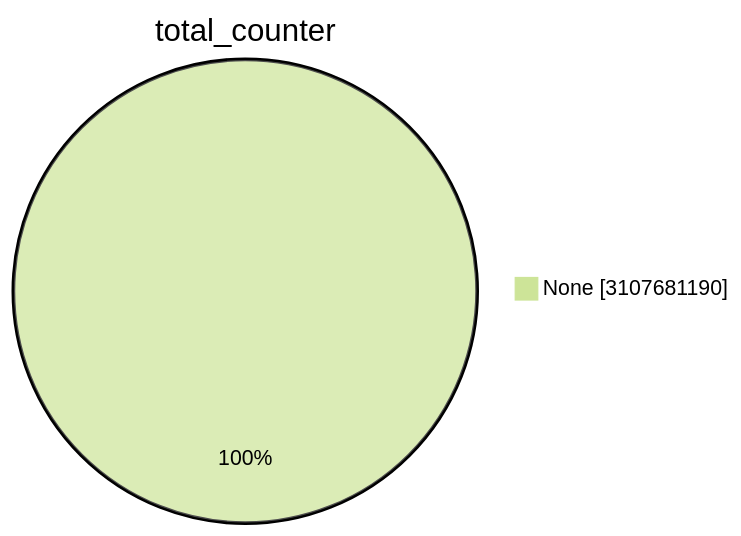
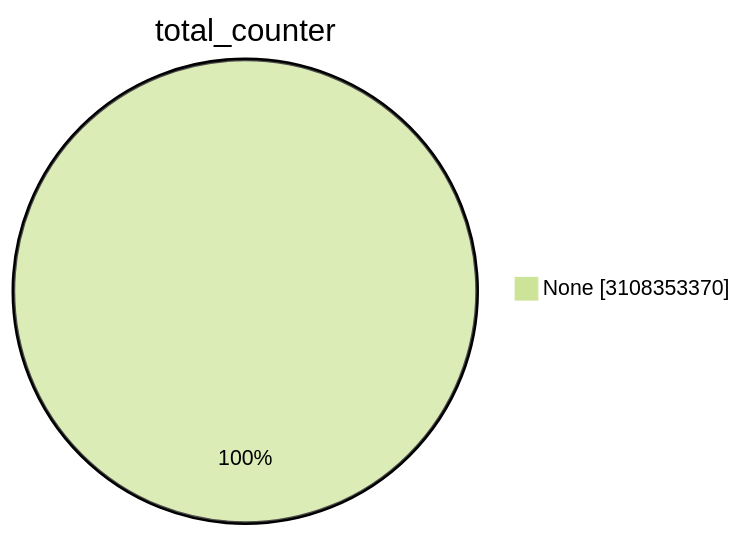
Before and after one commit to christiankrug/ctmonitor_visualization: the first of 15 diagrams in TOTAL/README.md, drawn with Mermaid (forest theme). The commit also changed other lines of this file, not shown here.

````diff
--- a/TOTAL/README.md
+++ b/TOTAL/README.md
@@ -1,5 +1,5 @@
 ```mermaid
 pie showData
 title total_counter
-"None" :3107681190
+"None" :3108353370
 ```
````
